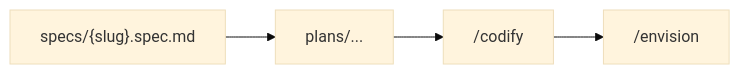
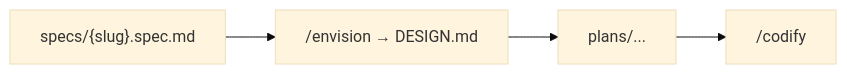
Before and after one commit to AIDDbot/AIDDbot: the third of 3 diagrams in docs/architect.pipelines.md, drawn with Mermaid (base theme). The commit also changed other lines of this file and 5 other files, not shown here.

First line of the commit message:
docs: update envision and codify skills to clarify UI design specification process

````diff
--- a/docs/architect.pipelines.md
+++ b/docs/architect.pipelines.md
@@ -58,4 +58,4 @@
 ```mermaid
 flowchart LR
-  SPC["specs/{slug}.spec.md"] --> PLN["plans/..."] --> COD["/codify"] --> ENV["/envision"]
+  SPC["specs/{slug}.spec.md"] --> ENV["/envision → DESIGN.md"] --> PLN["plans/..."] --> COD["/codify"]
 ```
````
